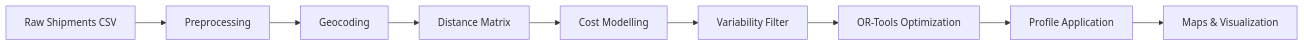
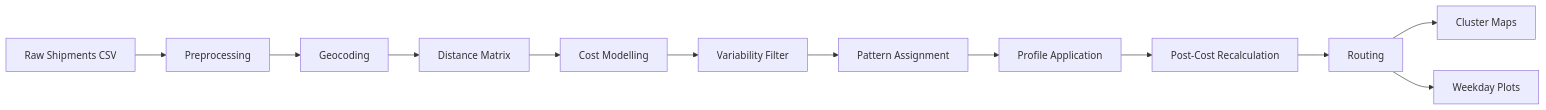
The diagram in README.md (BushraKiyani/Delivery-Profiles), drawn with Mermaid before and after one commit. The commit also changed other lines of this file and 1 other file, not shown here.

````diff
--- a/README.md
+++ b/README.md
@@ -15,11 +15,14 @@
 ```mermaid
 graph LR
   A[Raw Shipments CSV] --> B[Preprocessing]
   B --> C[Geocoding]
   C --> D[Distance Matrix]
   D --> E[Cost Modelling]
   E --> F[Variability Filter]
-  F --> G[OR-Tools Optimization]
+  F --> G[Pattern Assignment]
   G --> H[Profile Application]
-  H --> I[Maps & Visualization]
+  H --> I[Post-Cost Recalculation]
+  I --> J[Routing]
+  J --> K[Cluster Maps]
+  J --> L[Weekday Plots]
 ```
````
